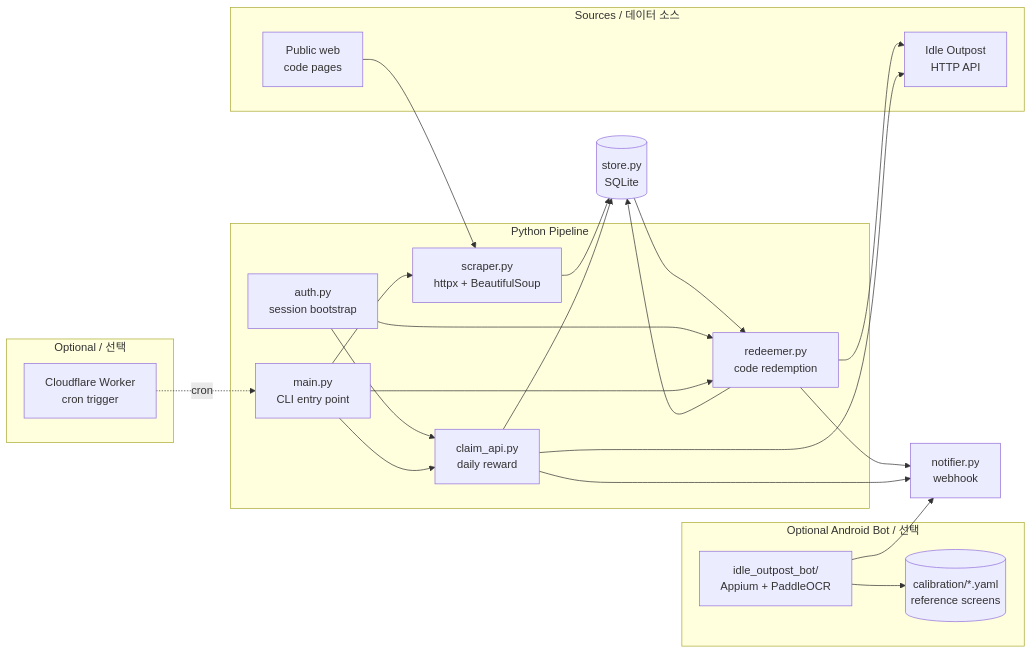
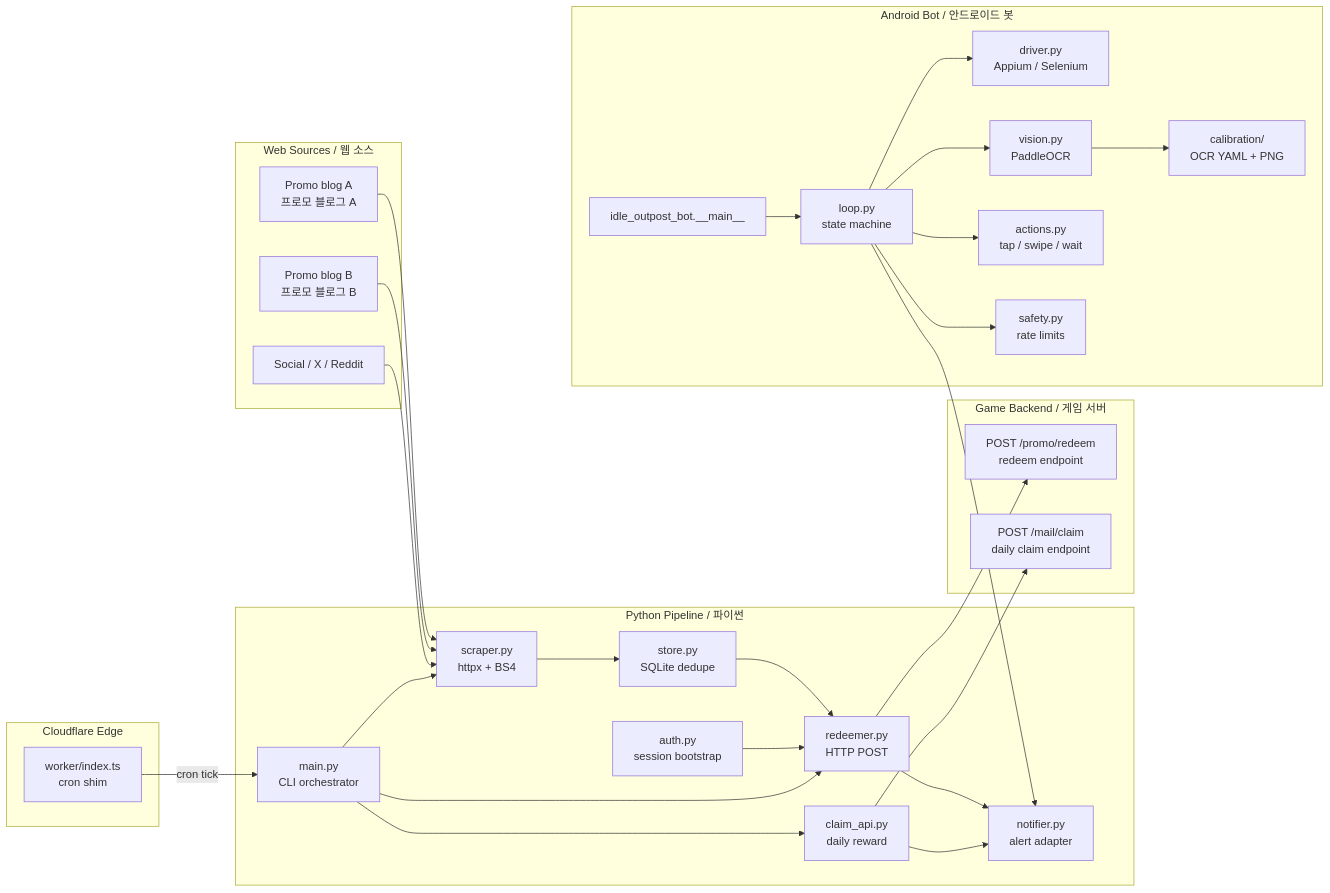
The diagram in README.md (jclee941/idle-outpost), drawn with Mermaid before and after one commit. The commit also changed other lines of this file, not shown here.

````diff
--- a/README.md
+++ b/README.md
@@ -89,45 +66,61 @@
 ```mermaid
 flowchart LR
-  subgraph Sources["Sources / 데이터 소스"]
-    WEB["Public web<br/>code pages"]
-    GAME["Idle Outpost<br/>HTTP API"]
-  end
+    subgraph Sources["Web Sources / 웹 소스"]
+        W1["Promo blog A<br/>프로모 블로그 A"]
+        W2["Promo blog B<br/>프로모 블로그 B"]
+        W3["Social / X / Reddit"]
+    end
 
-  subgraph Pipeline["Python Pipeline"]
-    SCRAPER["scraper.py<br/>httpx + BeautifulSoup"]
-    AUTH["auth.py<br/>session bootstrap"]
-    REDEEMER["redeemer.py<br/>code redemption"]
-    CLAIM["claim_api.py<br/>daily reward"]
-    MAIN["main.py<br/>CLI entry point"]
-  end
+    subgraph Python["Python Pipeline / 파이썬"]
+        SCR["scraper.py<br/>httpx + BS4"]
+        ST["store.py<br/>SQLite dedupe"]
+        AUTH["auth.py<br/>session bootstrap"]
+        RED["redeemer.py<br/>HTTP POST"]
+        CLAIM["claim_api.py<br/>daily reward"]
+        NOT["notifier.py<br/>alert adapter"]
+        MAIN["main.py<br/>CLI orchestrator"]
+    end
 
-  STORE[("store.py<br/>SQLite")]
-  NOTIFY["notifier.py<br/>webhook"]
+    subgraph Game["Game Backend / 게임 서버"]
+        EP1["POST /promo/redeem<br/>redeem endpoint"]
+        EP2["POST /mail/claim<br/>daily claim endpoint"]
+    end
 
-  subgraph Edge["Optional / 선택"]
-    WORKER["Cloudflare Worker<br/>cron trigger"]
-  end
+    subgraph Android["Android Bot / 안드로이드 봇"]
+        DRV["driver.py<br/>Appium / Selenium"]
+        VIS["vision.py<br/>PaddleOCR"]
+        ACT["actions.py<br/>tap / swipe / wait"]
+        LOOP["loop.py<br/>state machine"]
+        CAL["calibration/<br/>OCR YAML + PNG"]
+        SAFE["safety.py<br/>rate limits"]
+        BOT["idle_outpost_bot.__main__"]
+    end
 
-  subgraph Android["Optional Android Bot / 선택"]
-    BOT["idle_outpost_bot/<br/>Appium + PaddleOCR"]
-    CAL[("calibration/*.yaml<br/>reference screens")]
-  end
+    subgraph Edge["Cloudflare Edge"]
+        WRK["worker/index.ts<br/>cron shim"]
+    end
 
-  WEB --> SCRAPER
-  SCRAPER --> STORE
-  STORE --> REDEEMER
-  AUTH --> REDEEMER
-  AUTH --> CLAIM
-  REDEEMER --> GAME
-  CLAIM --> GAME
-  MAIN --> SCRAPER
-  MAIN --> REDEEMER
-  MAIN --> CLAIM
-  REDEEMER --> NOTIFY
-  CLAIM --> NOTIFY
-  WORKER -.cron.-> MAIN
-  BOT --> CAL
-  BOT --> NOTIFY
-  REDEEMER --> STORE
-  CLAIM --> STORE
+    W1 --> SCR
+    W2 --> SCR
+    W3 --> SCR
+    SCR --> ST
+    ST --> RED
+    AUTH --> RED
+    RED --> EP1
+    CLAIM --> EP2
+    RED --> NOT
+    CLAIM --> NOT
+    MAIN --> SCR
+    MAIN --> RED
+    MAIN --> CLAIM
+
+    BOT --> LOOP
+    LOOP --> ACT
+    LOOP --> DRV
+    LOOP --> VIS
+    VIS --> CAL
+    LOOP --> SAFE
+    LOOP --> NOT
+
+    WRK -->|cron tick| MAIN
 ```
````
